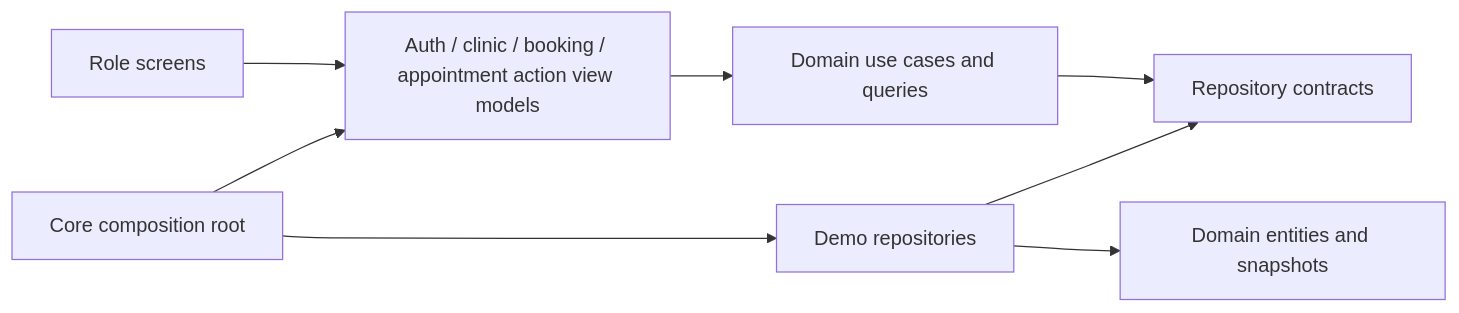
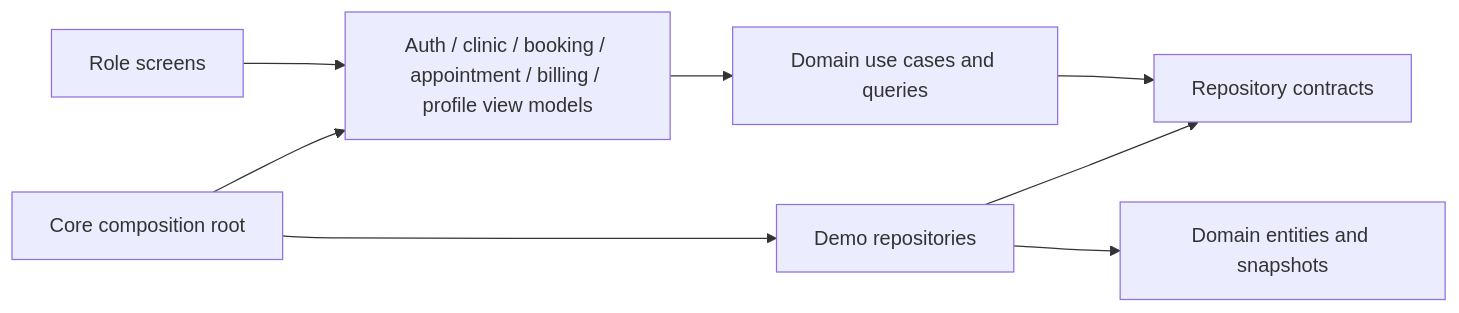
Before and after one commit to mmbayoumitaha/MediFlow-Pro-Smart-Clinic-Manager: the diagram in docs/ARCHITECTURE.md, drawn with Mermaid. The commit also changed other lines of this file and 23 other files, not shown here.

````diff
--- a/docs/ARCHITECTURE.md
+++ b/docs/ARCHITECTURE.md
@@ -5,10 +5,10 @@
 ```mermaid
 flowchart LR
-  View[Role screens] --> VM[Auth / clinic / booking / appointment action view models]
+  View[Role screens] --> VM[Auth / clinic / booking / appointment / billing / profile view models]
   VM --> UC[Domain use cases and queries]
   UC --> Contract[Repository contracts]
   Adapter[Demo repositories] --> Contract
   Adapter --> Entity[Domain entities and snapshots]
   Root[Core composition root] --> Adapter
   Root --> VM
 ```
````
